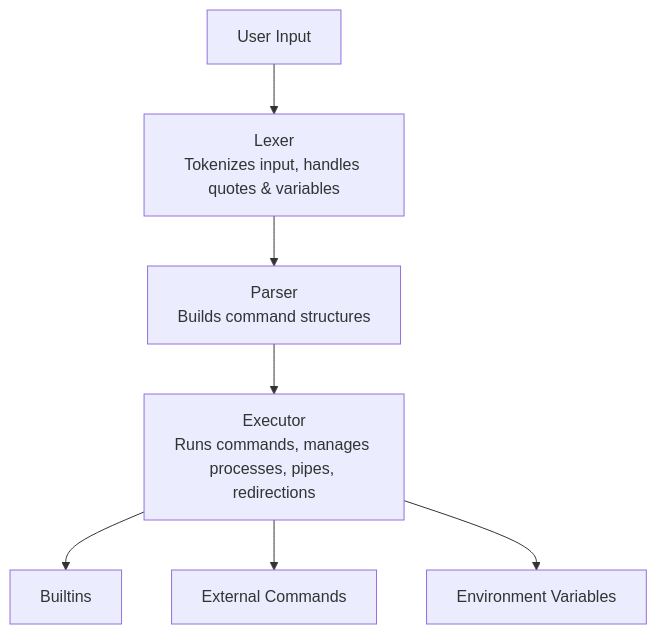
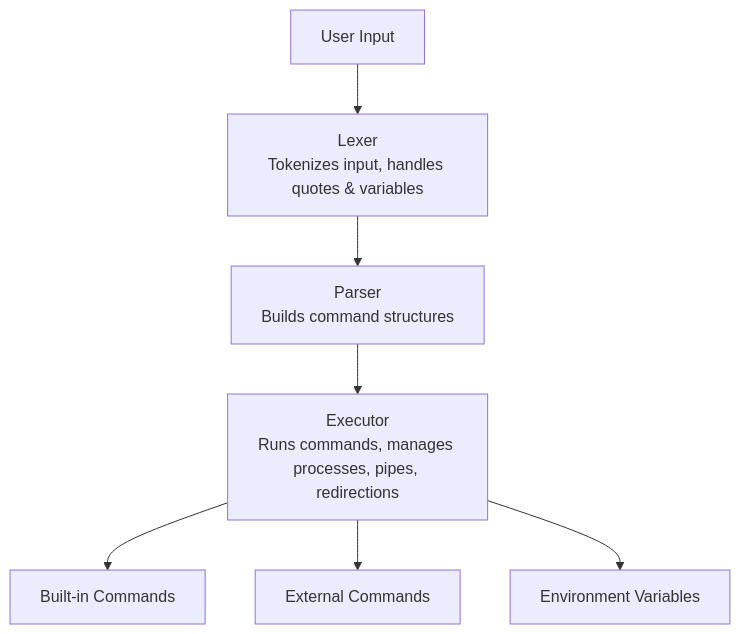
The diagram in README.md (vkhvostov/borsh), drawn with Mermaid before and after one commit. The commit also changed other lines of this file, not shown here.

````diff
--- a/README.md
+++ b/README.md
@@ -43,9 +42,9 @@
 ```mermaid
 flowchart TD
-    A[User Input] --> B[Lexer\nTokenizes input, handles quotes & variables]
-    B --> C[Parser\nBuilds command structures]
-    C --> D[Executor\nRuns commands, manages processes, pipes, redirections]
-    D --> E1[Builtins]
+    A[User Input] --> B[Lexer<br/>Tokenizes input, handles quotes & variables]
+    B --> C[Parser<br/>Builds command structures]
+    C --> D[Executor<br/>Runs commands, manages processes, pipes, redirections]
+    D --> E1[Built-in Commands]
     D --> E2[External Commands]
     D --> E3[Environment Variables]
 ```
````
